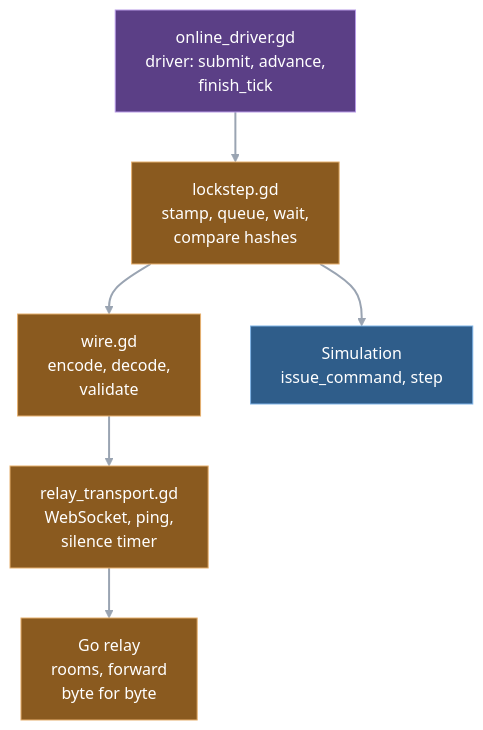
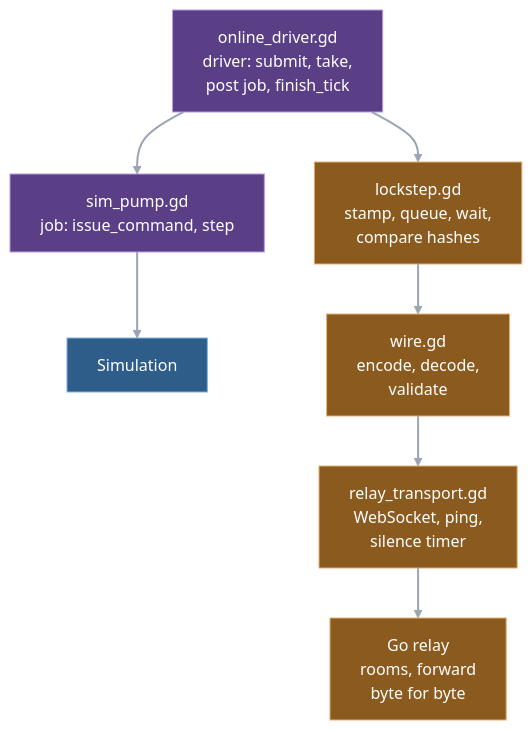
One commit to blackcindergames/wargrid changed the first of 2 diagrams in docs/guide/11-multiplayer.md. Above: the diagram before and after it, drawn with Mermaid (neutral theme). The commit also changed other lines of this file and 10 other files, not shown here.

First line of the commit message:
Document the SB4 online driver on sim pump jobs

````diff
--- a/docs/guide/11-multiplayer.md
+++ b/docs/guide/11-multiplayer.md
@@ -11,15 +11,16 @@
 ```mermaid
 flowchart TD
-    OM["online_driver.gd<br/>driver: submit, advance,<br/>finish_tick"] --> LS["lockstep.gd<br/>stamp, queue, wait,<br/>compare hashes"]
+    OM["online_driver.gd<br/>driver: submit, take,<br/>post job, finish_tick"] --> LS["lockstep.gd<br/>stamp, queue, wait,<br/>compare hashes"]
+    OM --> PM["sim_pump.gd<br/>job: issue_command, step"]
+    PM --> SIM["Simulation"]
     LS --> WI["wire.gd<br/>encode, decode,<br/>validate"]
-    LS --> SIM["Simulation<br/>issue_command, step"]
     WI --> RT["relay_transport.gd<br/>WebSocket, ping,<br/>silence timer"]
     RT --> RL["Go relay<br/>rooms, forward<br/>byte for byte"]
     classDef sim fill:#2f5d8a,stroke:#7fb3e6,color:#ffffff
     classDef driver fill:#5b3f86,stroke:#b79ae6,color:#ffffff
     classDef net fill:#8a5a1f,stroke:#e6b06f,color:#ffffff
-    class OM driver
+    class OM,PM driver
     class LS,WI,RT,RL net
     class SIM sim
     linkStyle default stroke:#9aa4b2,stroke-width:2px
 ```
````
